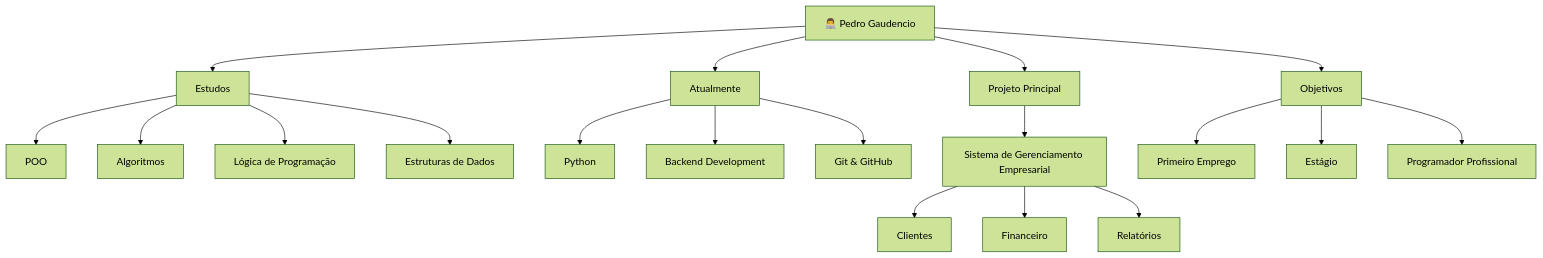
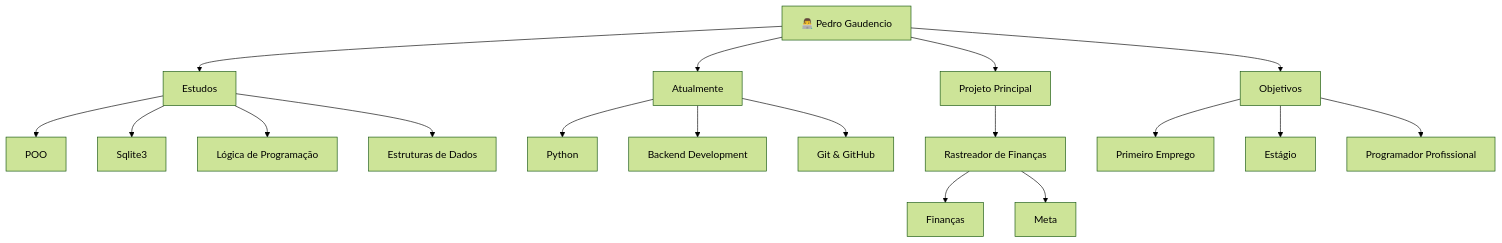
Before and after one commit to PedroSilva370/PedroSilva370: the diagram in README.md, drawn with Mermaid (forest theme).

Commit message:
Update project structure and objectives in README

````diff
--- a/README.md
+++ b/README.md
@@ -21,28 +21,27 @@
 ```mermaid
 flowchart TB
 
     A["👨‍💻 Pedro Gaudencio"]
 
     A --> B["Estudos"]
     A --> C["Atualmente"]
     A --> D["Projeto Principal"]
     A --> E["Objetivos"]
 
     B --> B1["POO"]
-    B --> B2["Algoritmos"]
+    B --> B2["Sqlite3"]
     B --> B3["Lógica de Programação"]
     B --> B4["Estruturas de Dados"]
 
     C --> C1["Python"]
     C --> C2["Backend Development"]
     C --> C3["Git & GitHub"]
 
-    D --> D1["Sistema de Gerenciamento Empresarial"]
-    D1 --> D2["Clientes"]
-    D1 --> D3["Financeiro"]
-    D1 --> D4["Relatórios"]
+    D --> D1["Rastreador de Finanças"]
+    D1 --> D2["Finanças"]
+    D1 --> D3["Meta"]
 
     E --> E1["Primeiro Emprego"]
     E --> E2["Estágio"]
     E --> E3["Programador Profissional"]
 ```
````
